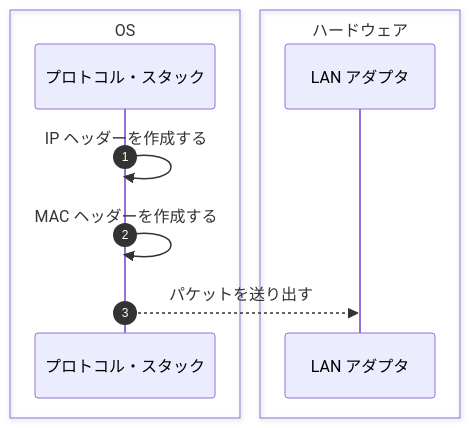
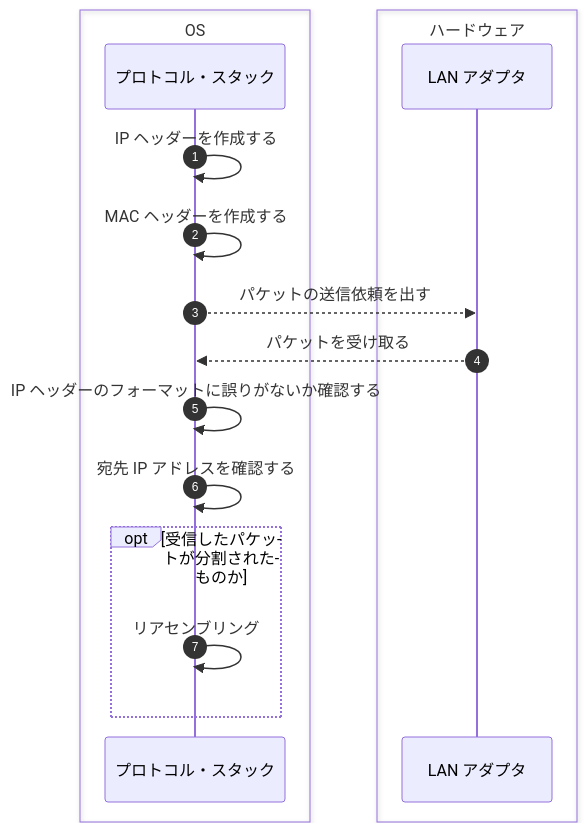
One commit to jnkmtsd/zenn-content changed the diagram in articles/61f104becc1750.md. Above: the diagram before and after it, drawn with Mermaid. The commit also changed other lines of this file and 5 other files, not shown here.

````diff
--- a/articles/61f104becc1750.md
+++ b/articles/61f104becc1750.md
@@ -39,13 +40,19 @@
 ```mermaid
 %%{init:{"sequence":{"showSequenceNumbers":true}}}%%
 sequenceDiagram
   box OS
     participant po as プロトコル・スタック
   end
   box ハードウェア
     participant lh as LAN アダプタ
   end
   po->>po: IP ヘッダーを作成する
   po->>po: MAC ヘッダーを作成する
-  po-->>lh: パケットを送り出す
+  po-->>lh: パケットの送信依頼を出す
+  lh-->>po: パケットを受け取る
+  po->>po: IP ヘッダーのフォーマットに誤りがないか確認する
+  po->>po: 宛先 IP アドレスを確認する
+  opt 受信したパケットが分割されたものか
+    po->>po: リアセンブリング
+  end
 ```
````
